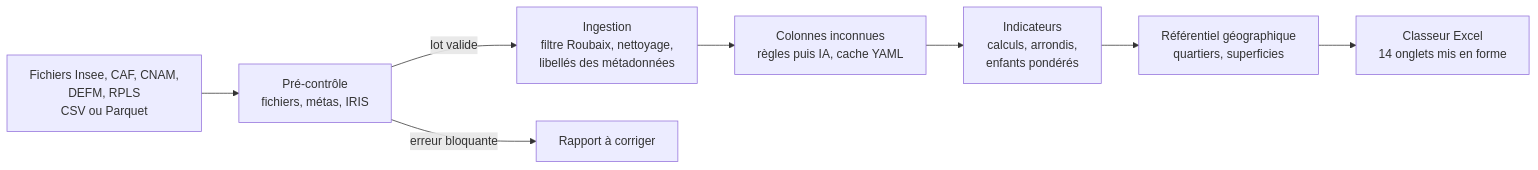
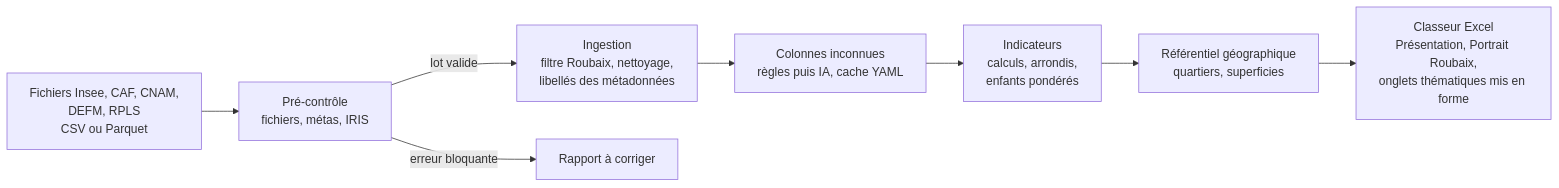
One commit to Twweetyy/ApplicationMAJ changed the diagram in README.md. Above: the diagram before and after it, drawn with Mermaid. The commit also changed other lines of this file, not shown here.

First line of the commit message:
README : onglet Portrait Roubaix, colonnes de zonage et réglages de mise en page

````diff
--- a/README.md
+++ b/README.md
@@ -54,10 +56,10 @@
 ```mermaid
 flowchart LR
     A[Fichiers Insee, CAF, CNAM,<br/>DEFM, RPLS<br/>CSV ou Parquet] --> B[Pré-contrôle<br/>fichiers, métas, IRIS]
     B -->|lot valide| C[Ingestion<br/>filtre Roubaix, nettoyage,<br/>libellés des métadonnées]
     C --> D[Colonnes inconnues<br/>règles puis IA, cache YAML]
     D --> E[Indicateurs<br/>calculs, arrondis,<br/>enfants pondérés]
     E --> F[Référentiel géographique<br/>quartiers, superficies]
-    F --> G[Classeur Excel<br/>14 onglets mis en forme]
+    F --> G[Classeur Excel<br/>Présentation, Portrait Roubaix,<br/>onglets thématiques mis en forme]
     B -->|erreur bloquante| H[Rapport à corriger]
 ```
````
